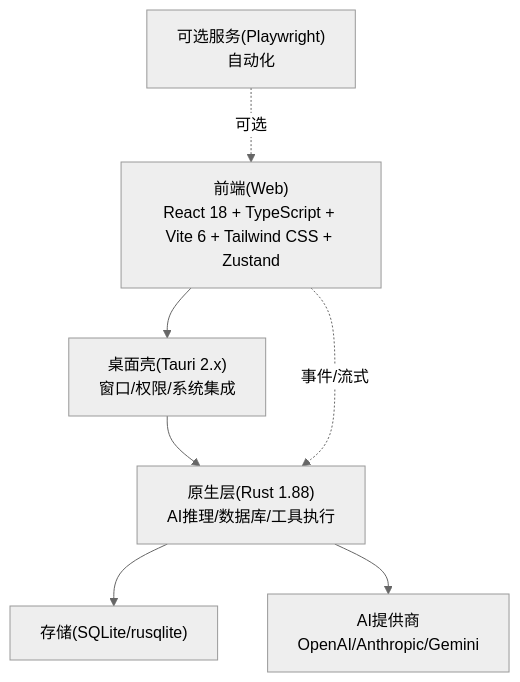
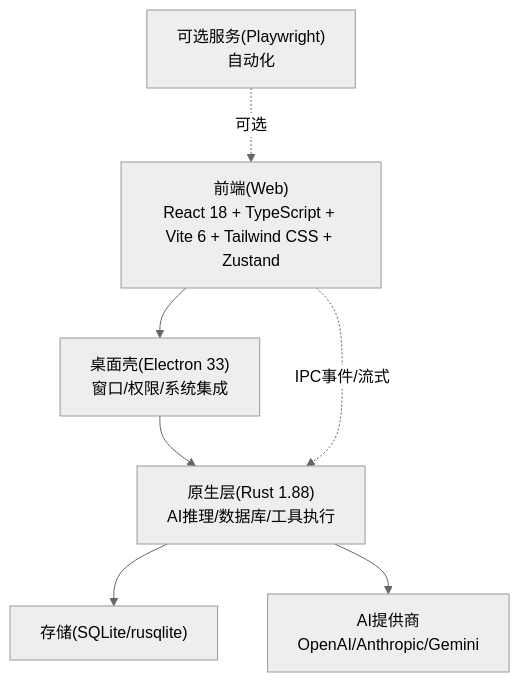
The second of 9 diagrams in .qoder/repowiki/zh/content/架构设计/技术栈.md (baike08/cosurf), drawn with Mermaid (neutral theme) before and after one commit. The commit also changed other lines of this file and 15 other files, not shown here.

````diff
--- a/.qoder/repowiki/zh/content/架构设计/技术栈.md
+++ b/.qoder/repowiki/zh/content/架构设计/技术栈.md
@@ -120,15 +140,15 @@
 ```mermaid
 graph TB
 FE["前端(Web)<br/>React 18 + TypeScript + Vite 6 + Tailwind CSS + Zustand"]
-TAURI["桌面壳(Tauri 2.x)<br/>窗口/权限/系统集成"]
+ELECTRON["桌面壳(Electron 33)<br/>窗口/权限/系统集成"]
 RUST["原生层(Rust 1.88)<br/>AI推理/数据库/工具执行"]
 DB["存储(SQLite/rusqlite)"]
 AI["AI提供商<br/>OpenAI/Anthropic/Gemini"]
 PW["可选服务(Playwright)<br/>自动化"]
-FE --> TAURI
-TAURI --> RUST
+FE --> ELECTRON
+ELECTRON --> RUST
 RUST --> DB
 RUST --> AI
-FE -. 事件/流式 .-> RUST
+FE -. IPC事件/流式 .-> RUST
 PW -. 可选 .-> FE
 ```
````
